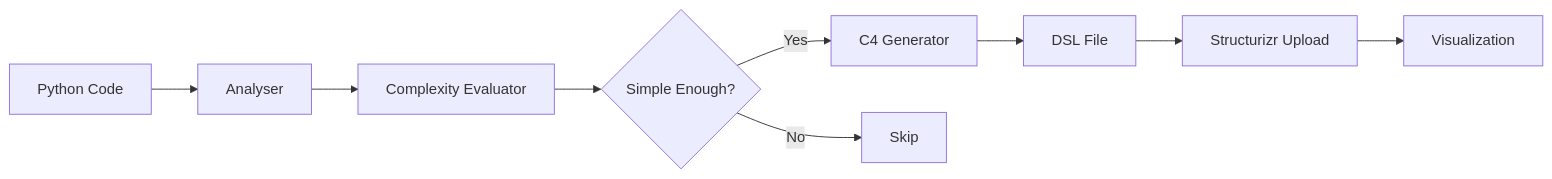
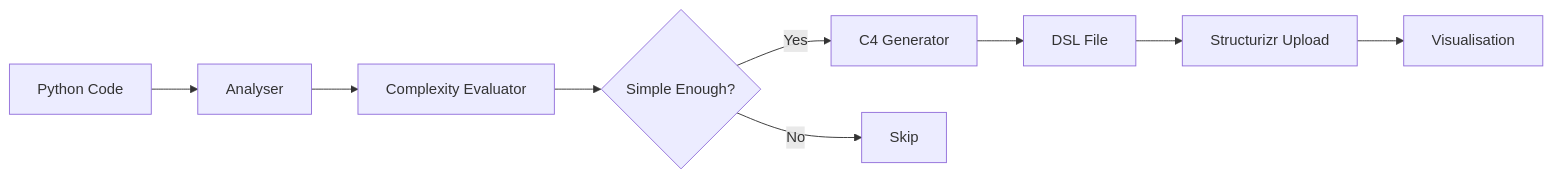
One commit to lukeowen1/road-agent-orchestration changed the diagram in README.md. Above: the diagram before and after it, drawn with Mermaid. The commit also changed other lines of this file, not shown here.

````diff
--- a/README.md
+++ b/README.md
@@ -95,11 +95,11 @@
 ```mermaid
 graph LR
     A[Python Code] --> B[Analyser]
     B --> C[Complexity Evaluator]
     C --> D{Simple Enough?}
     D -->|Yes| E[C4 Generator]
     D -->|No| F[Skip]
     E --> G[DSL File]
     G --> H[Structurizr Upload]
-    H --> I[Visualization]
+    H --> I[Visualisation]
 ```
````
